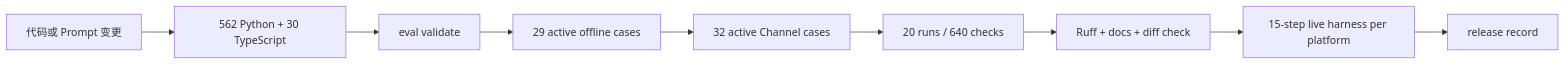
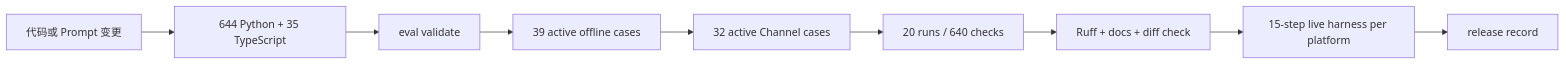
One commit to NEDONION/lobster0 changed the diagram in docs/evals/README.md. Above: the diagram before and after it, drawn with Mermaid. The commit also changed other lines of this file and 20 other files, not shown here.

````diff
--- a/docs/evals/README.md
+++ b/docs/evals/README.md
@@ -18,11 +18,11 @@
 ```mermaid
 flowchart LR
-    CHANGE["代码或 Prompt 变更"] --> UNIT["562 Python + 30 TypeScript"]
+    CHANGE["代码或 Prompt 变更"] --> UNIT["644 Python + 35 TypeScript"]
     UNIT --> VALIDATE["eval validate"]
-    VALIDATE --> OFFLINE["29 active offline cases"]
+    VALIDATE --> OFFLINE["39 active offline cases"]
     OFFLINE --> CHANNEL["32 active Channel cases"]
     CHANNEL --> SOAK["20 runs / 640 checks"]
     SOAK --> RUFF["Ruff + docs + diff check"]
     RUFF --> LIVE["15-step live harness per platform"]
     LIVE --> RECORD["release record"]
 ```
````
